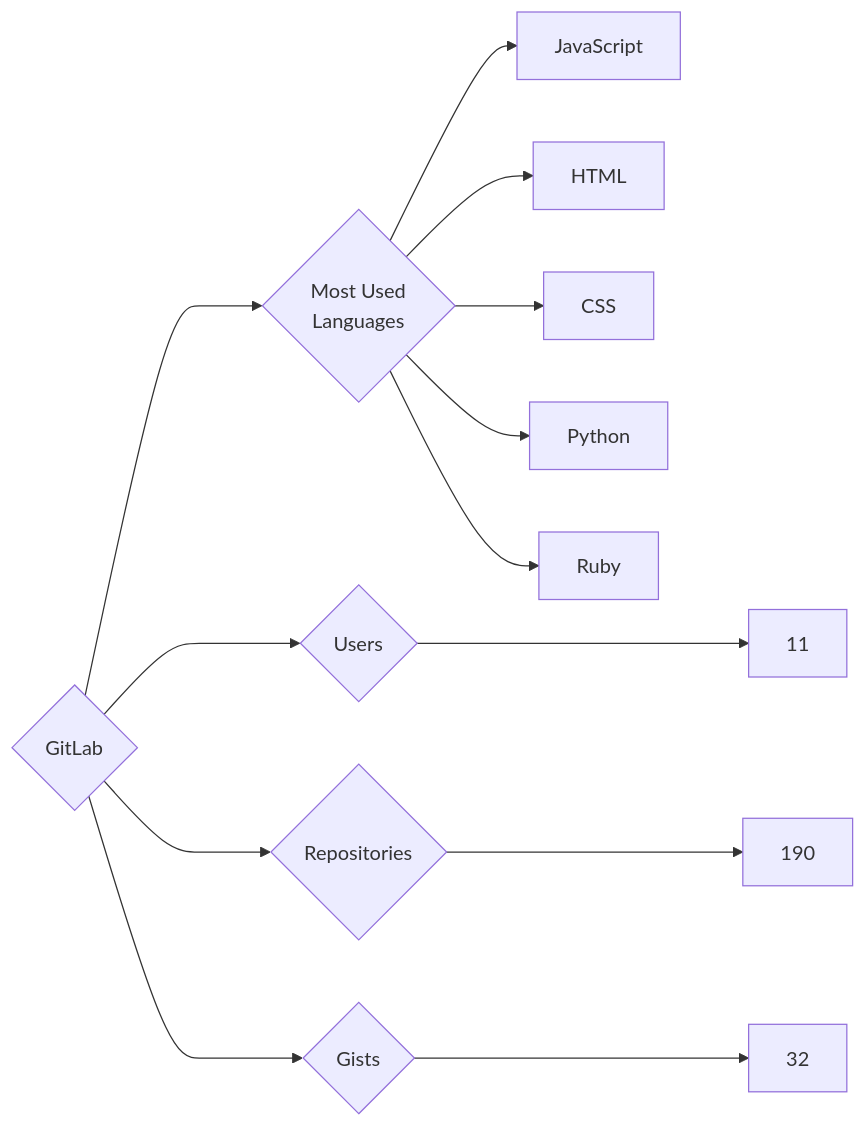
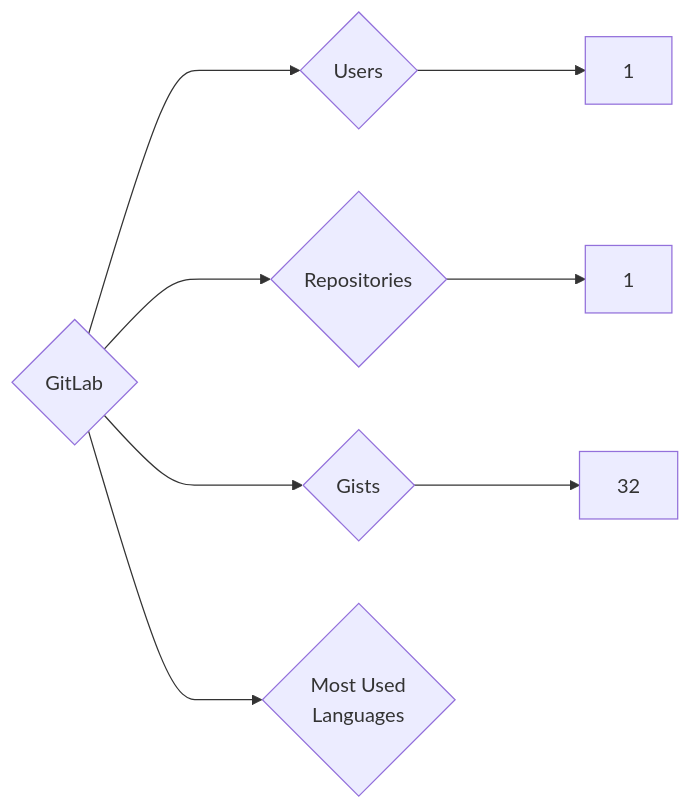
The diagram in targets/GitLab/README.md (trickest/insiders), drawn with Mermaid before and after one commit. The commit also changed 639 other files, not shown here.

````diff
--- a/targets/GitLab/README.md
+++ b/targets/GitLab/README.md
@@ -3,13 +3,8 @@
 ```mermaid
 graph LR
 COMPANY_NAME{GitLab}
-COMPANY_NAME ---> U{Users} ---> UN[11]
-COMPANY_NAME ---> R{Repositories} ---> RN[190]
+COMPANY_NAME ---> U{Users} ---> UN[1]
+COMPANY_NAME ---> R{Repositories} ---> RN[1]
 COMPANY_NAME ---> G{Gists} ---> GN[32]
 COMPANY_NAME ---> ML{Most Used<br>Languages}
-ML --> JavaScript[JavaScript]
-ML --> HTML[HTML]
-ML --> CSS[CSS]
-ML --> Python[Python]
-ML --> Ruby[Ruby]
 ```
````
